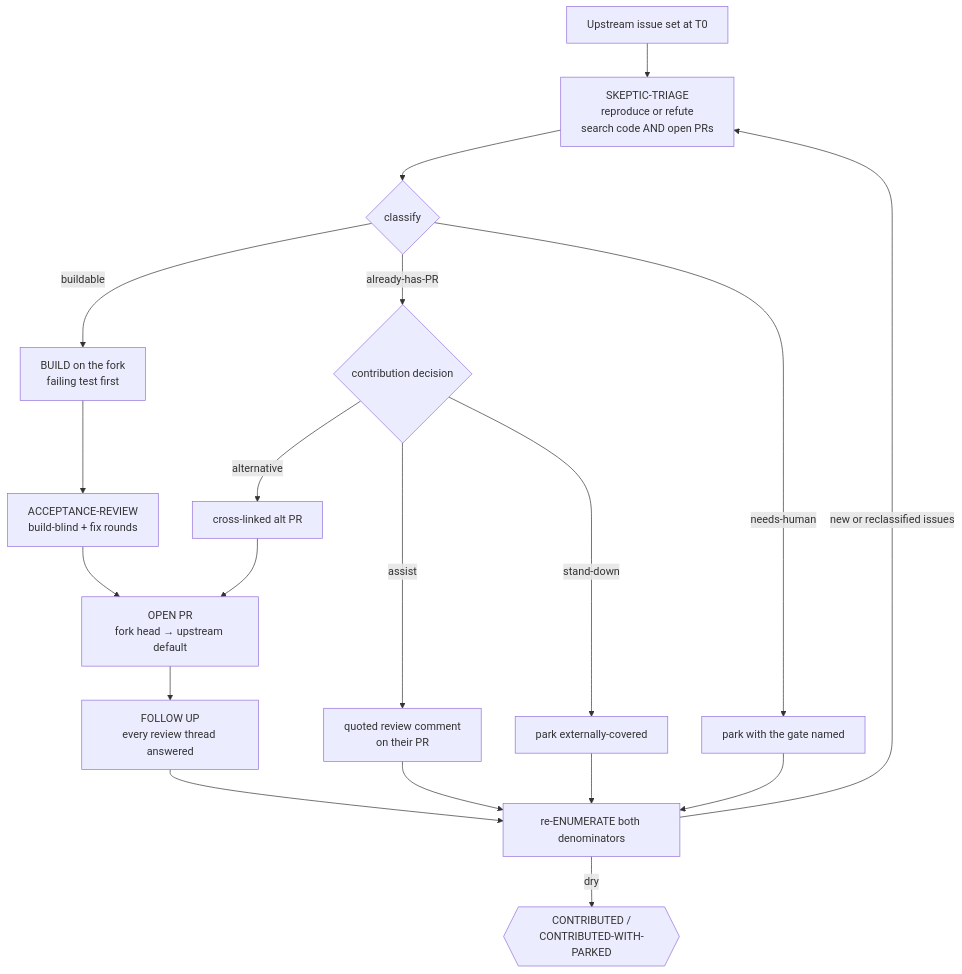
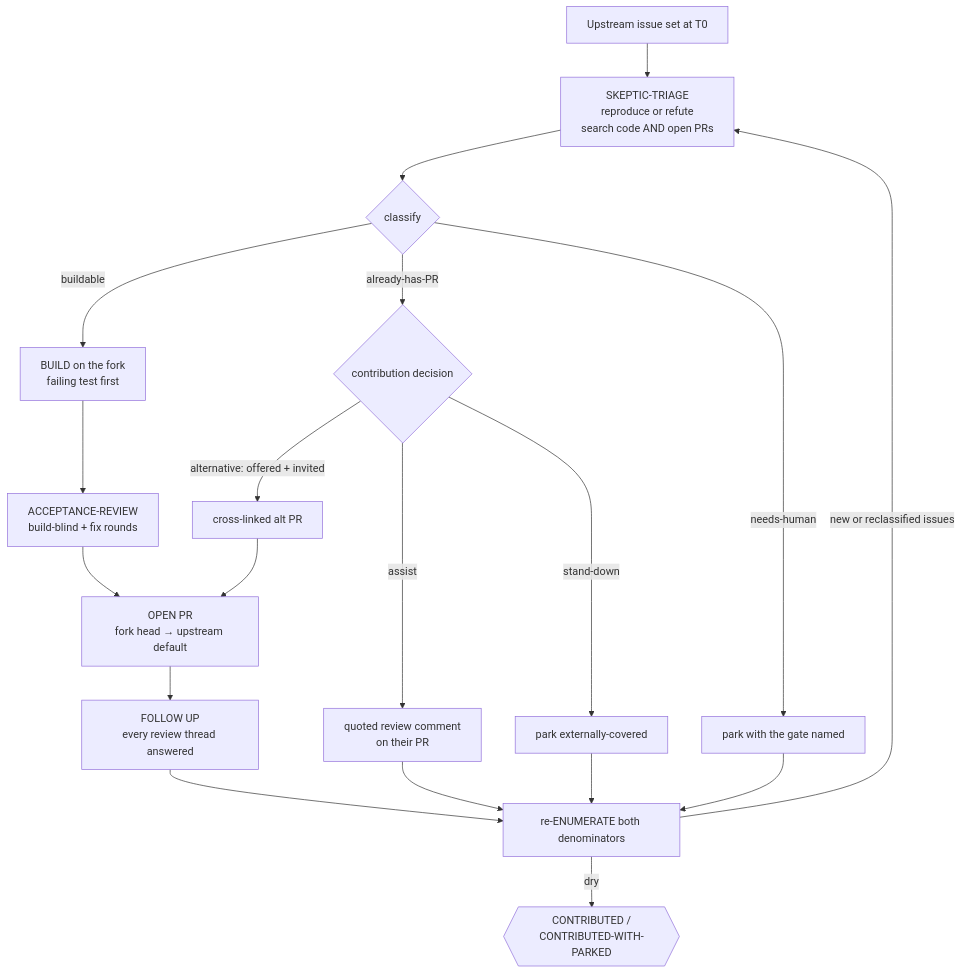
One commit to ravidsrk/orca-fleet changed the diagram in docs/missions/oss-contribute.md. Above: the diagram before and after it, drawn with Mermaid. The commit also changed other lines of this file and 4 other files, not shown here.

````diff
--- a/docs/missions/oss-contribute.md
+++ b/docs/missions/oss-contribute.md
@@ -50,20 +50,20 @@
 ```mermaid
 flowchart TD
     A[Upstream issue set at T0] --> B[SKEPTIC-TRIAGE<br/>reproduce or refute<br/>search code AND open PRs]
     B --> C{classify}
     C -->|buildable| D[BUILD on the fork<br/>failing test first]
     D --> E[ACCEPTANCE-REVIEW<br/>build-blind + fix rounds]
     E --> F[OPEN PR<br/>fork head → upstream default]
     F --> G[FOLLOW UP<br/>every review thread answered]
     C -->|already-has-PR| H{contribution decision}
     H -->|assist| I[quoted review comment<br/>on their PR]
-    H -->|alternative| J[cross-linked alt PR] --> F
+    H -->|alternative: offered + invited| J[cross-linked alt PR] --> F
     H -->|stand-down| K[park externally-covered]
     C -->|needs-human| L[park with the gate named]
     G --> M[re-ENUMERATE both denominators]
     I --> M
     K --> M
     L --> M
     M -->|new or reclassified issues| B
     M -->|dry| N{{CONTRIBUTED /<br/>CONTRIBUTED-WITH-PARKED}}
 ```
````
